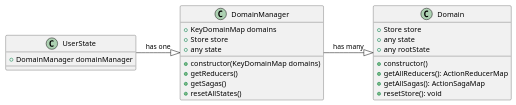
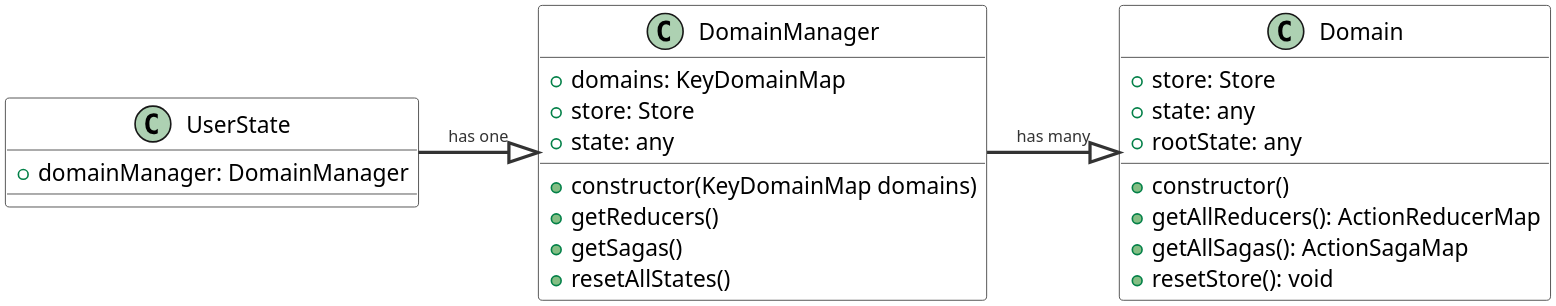
One commit to aight8/redux-domain changed the diagram in docs/Overview.md. Above: the diagram before and after it, drawn with PlantUML. The commit also changed 1 other file, not shown here.

Commit message:
Track 2 files into repository.
- modified book.json
- modified docs/Overview.md

Auto commit by GitBook Editor

````diff
--- a/docs/Overview.md
+++ b/docs/Overview.md
@@ -3,27 +3,42 @@
-```uml
+{% plantuml %}
 @startuml
+
+skinparam dpi 300
+skinparam shadowing false
+
+skinparam usecase {
+	arrowColor #333
+	arrowFontColor #333
+    arrowFontSize 10
+    arrowThickness 2
+}
+
+skinparam stereotypeCBackgroundColor #FAFAFA
+skinparam classBackgroundColor #FFF
+skinparam classBorderColor #333
+
 class UserState {
-  +DomainManager domainManager
+  +domainManager: DomainManager
 }
 class DomainManager {
-  +KeyDomainMap domains
-  +Store store
-  +any state
+  +domains: KeyDomainMap
+  +store: Store
+  +state: any
   +constructor(KeyDomainMap domains)
   +getReducers()
   +getSagas()
   +resetAllStates()
 }
 class Domain {
-  +Store store
-  +any state
-  +any rootState
+  +store: Store
+  +state: any
+  +rootState: any
   +constructor()
   +getAllReducers(): ActionReducerMap
   +getAllSagas(): ActionSagaMap
   +resetStore(): void
 }
 DomainManager -right-|> Domain : has many
 UserState -right-|> DomainManager : has one
 @enduml
-```
+{% endplantuml %}
````
